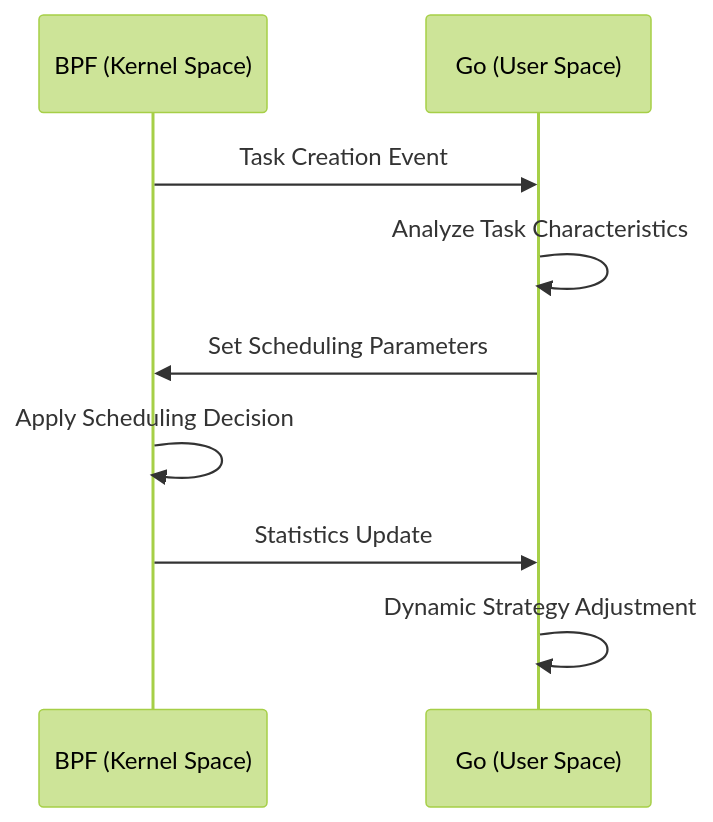
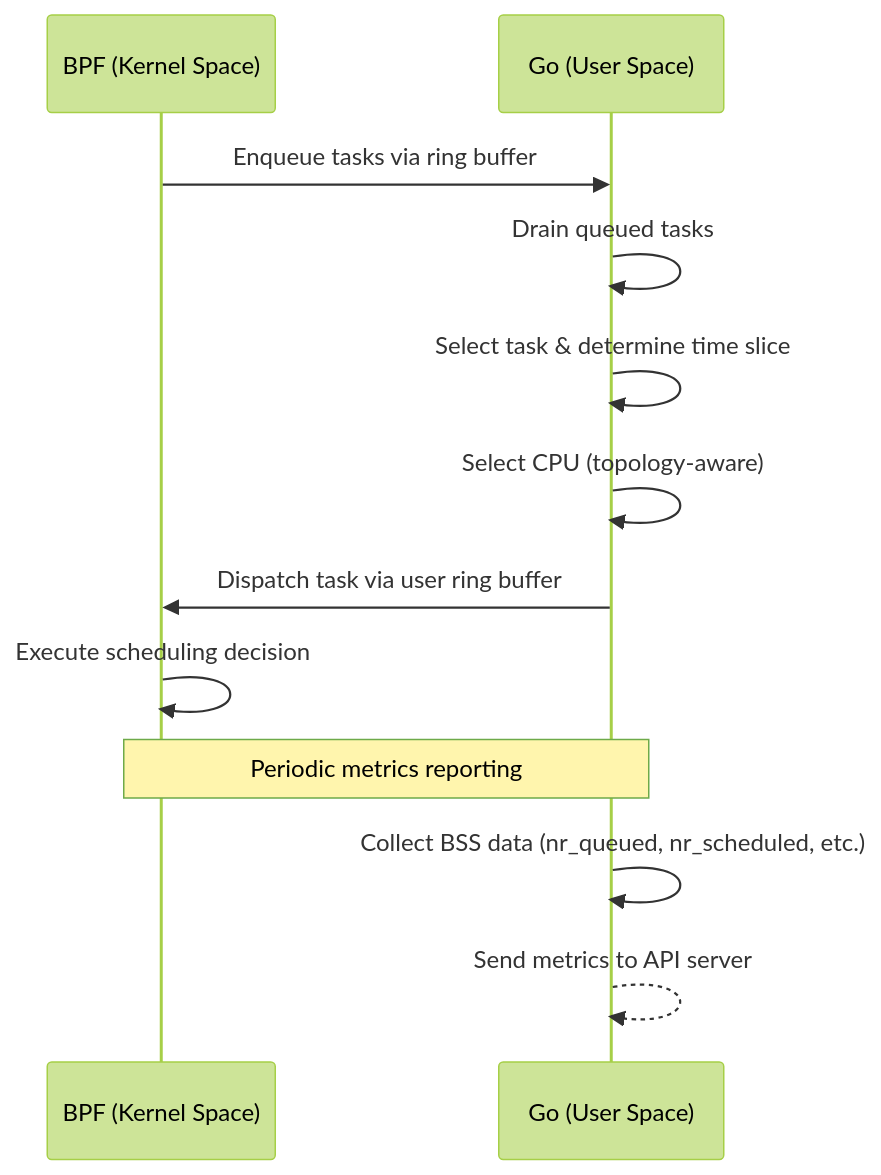
Before and after one commit to Gthulhu/docs: the sixth of 6 diagrams in docs/how-it-works.md, drawn with Mermaid (forest theme). The commit also changed other lines of this file and 1 other file, not shown here.

First line of the commit message:
Update how-it-works page (EN/ZH) with current architecture

````diff
--- a/docs/how-it-works.md
+++ b/docs/how-it-works.md
@@ -196,12 +305,16 @@
 ```mermaid
 sequenceDiagram
     participant K as BPF (Kernel Space)
     participant U as Go (User Space)
     
-    K->>U: Task Creation Event
-    U->>U: Analyze Task Characteristics
-    U->>K: Set Scheduling Parameters
-    K->>K: Apply Scheduling Decision
-    K->>U: Statistics Update
-    U->>U: Dynamic Strategy Adjustment
+    K->>U: Enqueue tasks via ring buffer
+    U->>U: Drain queued tasks
+    U->>U: Select task & determine time slice
+    U->>U: Select CPU (topology-aware)
+    U->>K: Dispatch task via user ring buffer
+    K->>K: Execute scheduling decision
+    
+    Note over K,U: Periodic metrics reporting
+    U->>U: Collect BSS data (nr_queued, nr_scheduled, etc.)
+    U-->>U: Send metrics to API server
 ```
````
